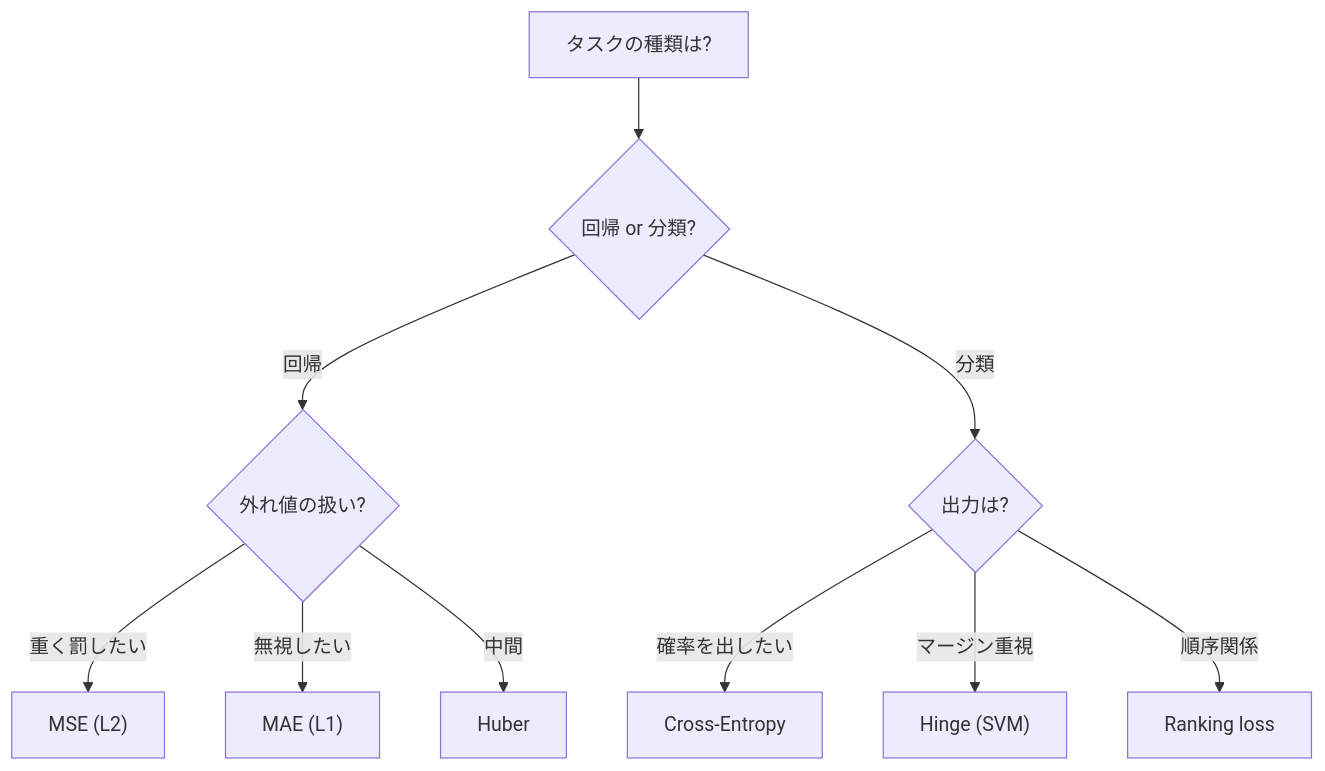
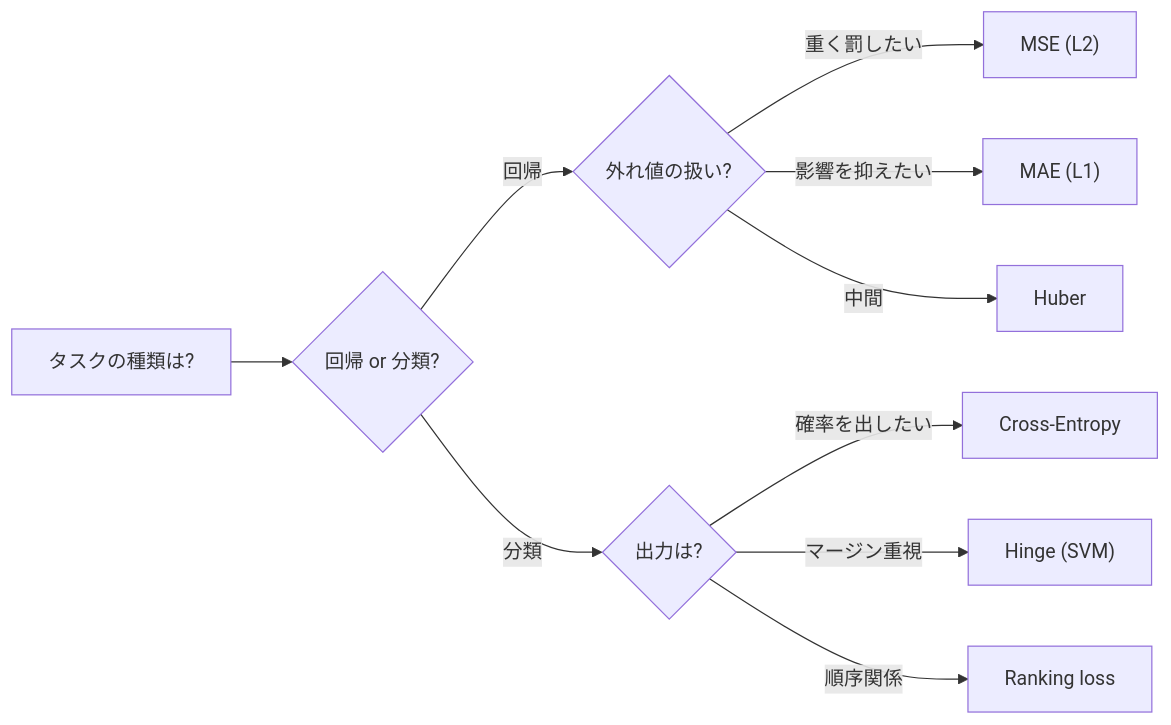
Before and after one commit to nao1215/debimate: the diagram in projects/ml/notes/ml/loss-functions/index.md, drawn with Mermaid. The commit also changed other lines of this file and 19 other files, not shown here.

````diff
--- a/projects/ml/notes/ml/loss-functions/index.md
+++ b/projects/ml/notes/ml/loss-functions/index.md
@@ -26,12 +26,12 @@
 ```mermaid
-graph TD
+flowchart LR
     A["タスクの種類は?"] --> B{"回帰 or 分類?"}
     B -->|"回帰"| C{"外れ値の扱い?"}
     B -->|"分類"| D{"出力は?"}
     C -->|"重く罰したい"| C1["MSE (L2)"]
-    C -->|"無視したい"| C2["MAE (L1)"]
+    C -->|"影響を抑えたい"| C2["MAE (L1)"]
     C -->|"中間"| C3["Huber"]
     D -->|"確率を出したい"| D1["Cross-Entropy"]
     D -->|"マージン重視"| D2["Hinge (SVM)"]
     D -->|"順序関係"| D3["Ranking loss"]
 ```
````
